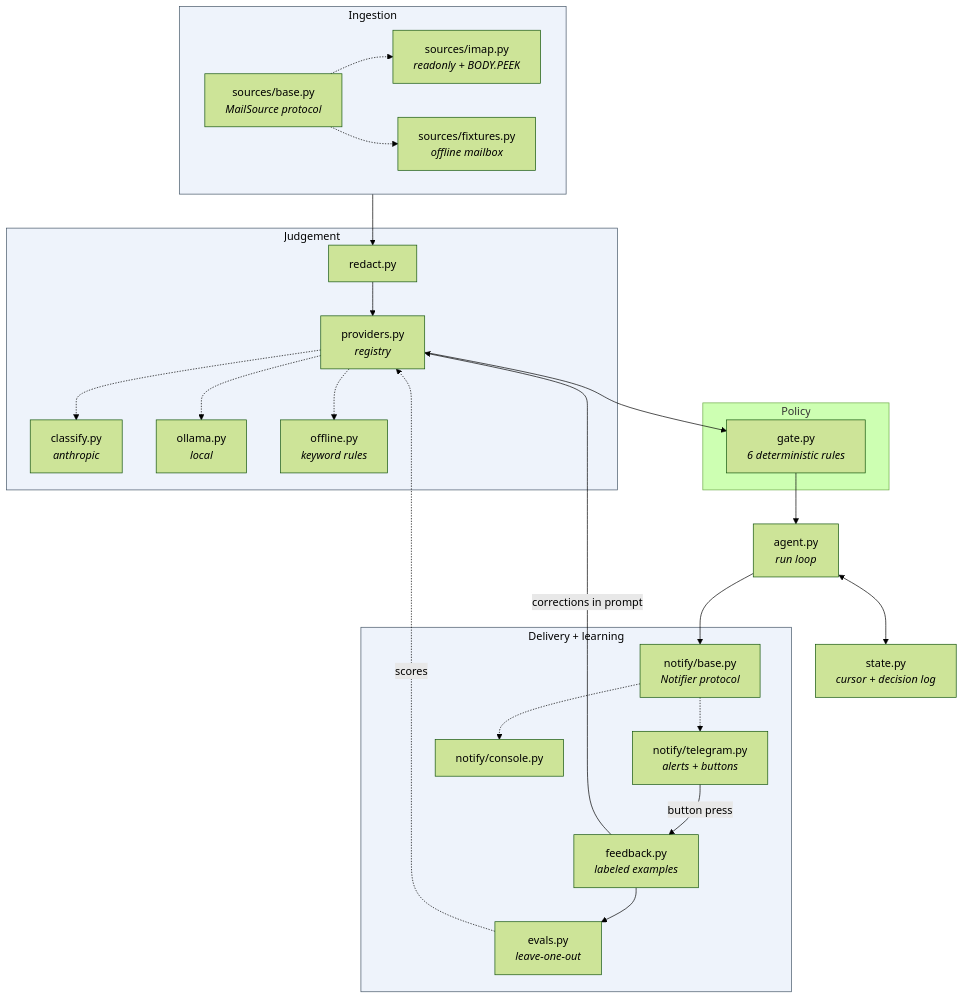
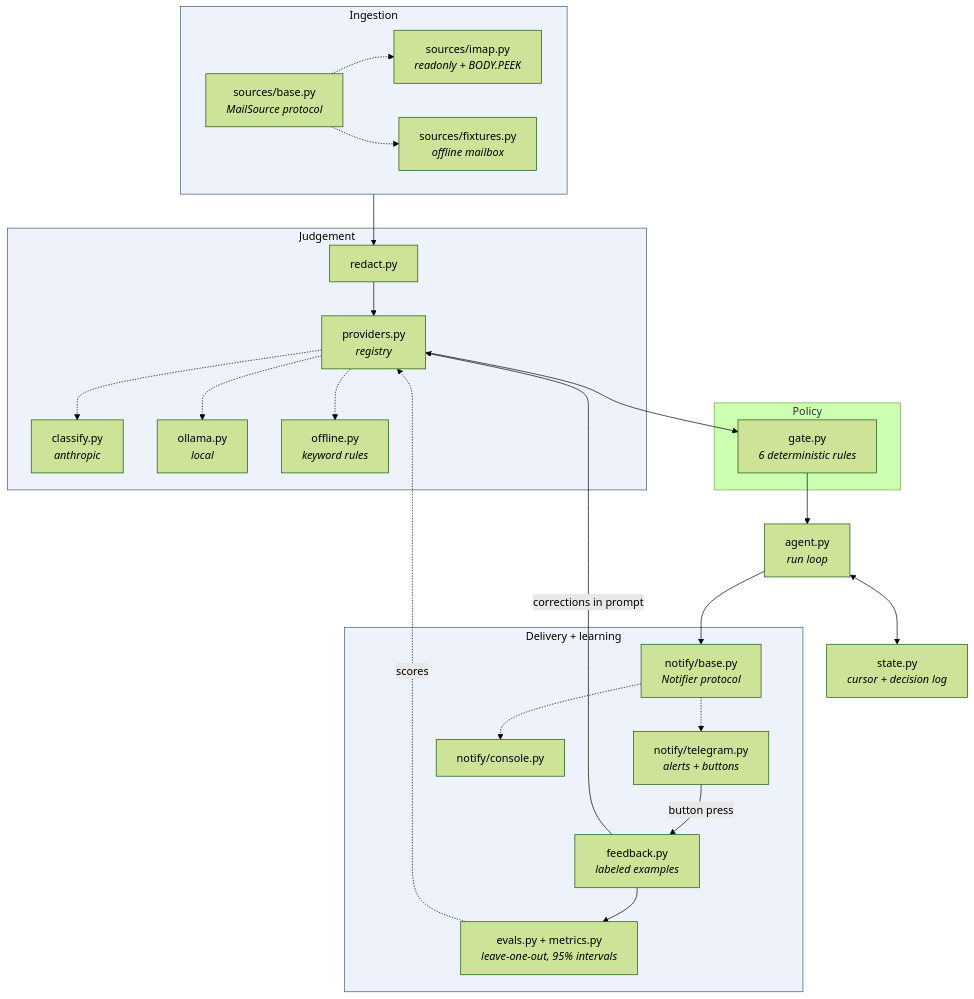
One commit to Doondi-Ashlesh/Hermes_Agent changed the seventh of 8 diagrams in docs/ARCHITECTURE.md. Above: the diagram before and after it, drawn with Mermaid (forest theme). The commit also changed 15 other files, not shown here.

````diff
--- a/docs/ARCHITECTURE.md
+++ b/docs/ARCHITECTURE.md
@@ -248,52 +248,52 @@
 ```mermaid
 flowchart TB
     subgraph ingest["Ingestion"]
         i1["sources/base.py<br/><i>MailSource protocol</i>"]
         i2["sources/imap.py<br/><i>readonly + BODY.PEEK</i>"]
         i3["sources/fixtures.py<br/><i>offline mailbox</i>"]
         i1 -.-> i2
         i1 -.-> i3
     end
 
     subgraph brain["Judgement"]
         r["redact.py"]
         p1["providers.py<br/><i>registry</i>"]
         p2["classify.py<br/><i>anthropic</i>"]
         p3["ollama.py<br/><i>local</i>"]
         p4["offline.py<br/><i>keyword rules</i>"]
         r --> p1
         p1 -.-> p2
         p1 -.-> p3
         p1 -.-> p4
     end
 
     subgraph decide["Policy"]
         g["gate.py<br/><i>6 deterministic rules</i>"]
     end
 
     subgraph out["Delivery + learning"]
         n1["notify/base.py<br/><i>Notifier protocol</i>"]
         n2["notify/telegram.py<br/><i>alerts + buttons</i>"]
         n3["notify/console.py"]
         f["feedback.py<br/><i>labeled examples</i>"]
-        e["evals.py<br/><i>leave-one-out</i>"]
+        e["evals.py + metrics.py<br/><i>leave-one-out, 95% intervals</i>"]
         n1 -.-> n2
         n1 -.-> n3
     end
 
     a["agent.py<br/><i>run loop</i>"]
     st["state.py<br/><i>cursor + decision log</i>"]
 
     ingest --> r
     p1 --> g
     g --> a
     a --> n1
     n2 -->|button press| f
     f -->|corrections in prompt| p1
     f --> e
     e -.->|scores| p1
     a <--> st
 
     classDef seam fill:#eef3fb,stroke:#456,color:#000
     class ingest,brain,out seam
 ```
````
